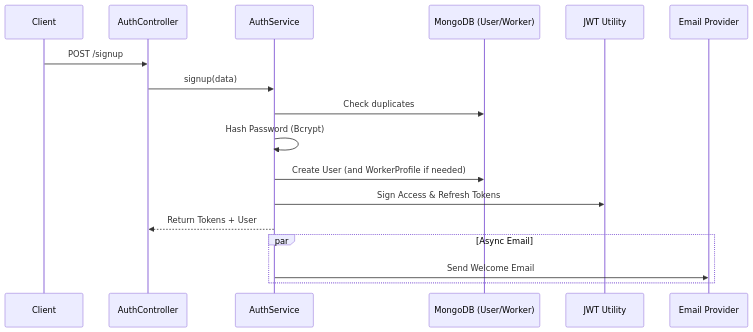
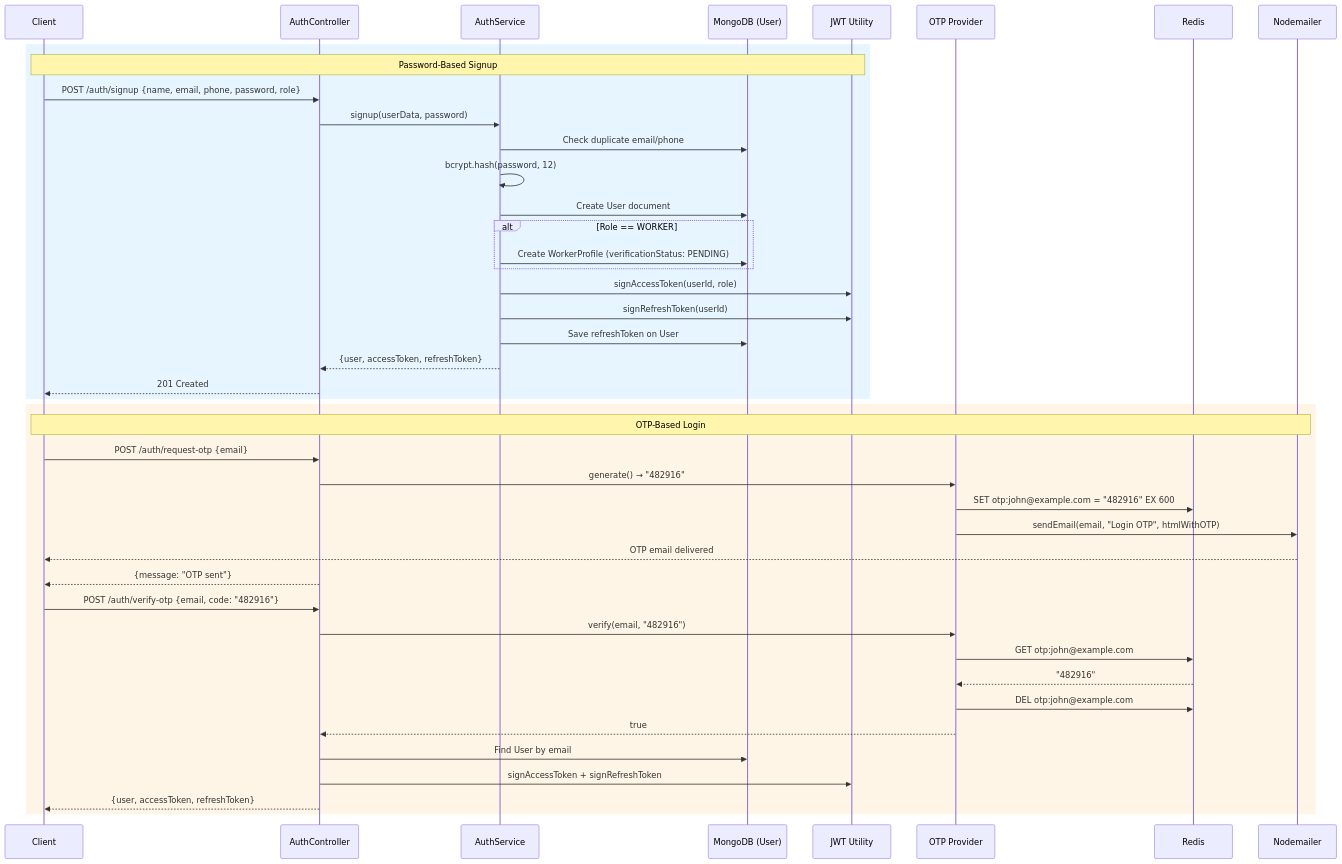
The first of 15 diagrams in docs_detailed_flows/DATA_FLOW_DIAGRAMS.md (Somilg11/oddigo-v2), drawn with Mermaid before and after one commit. The commit also changed other lines of this file and 67 other files, not shown here.

````diff
--- a/docs_detailed_flows/DATA_FLOW_DIAGRAMS.md
+++ b/docs_detailed_flows/DATA_FLOW_DIAGRAMS.md
@@ -8,21 +9,48 @@
 ```mermaid
 sequenceDiagram
     participant Client
     participant AuthController
     participant AuthService
-    participant DB as MongoDB (User/Worker)
+    participant DB as MongoDB (User)
     participant JWT as JWT Utility
-    participant Email as Email Provider
+    participant OTP as OTP Provider
+    participant Redis
+    participant Email as Nodemailer
 
-    Client->>AuthController: POST /signup
-    AuthController->>AuthService: signup(data)
-    AuthService->>DB: Check duplicates
-    AuthService->>AuthService: Hash Password (Bcrypt)
-    AuthService->>DB: Create User (and WorkerProfile if needed)
-    AuthService->>JWT: Sign Access & Refresh Tokens
-    AuthService-->>AuthController: Return Tokens + User
-    
-    par Async Email
-        AuthService->>Email: Send Welcome Email
+    rect rgb(230, 245, 255)
+    Note over Client, JWT: Password-Based Signup
+    Client->>AuthController: POST /auth/signup {name, email, phone, password, role}
+    AuthController->>AuthService: signup(userData, password)
+    AuthService->>DB: Check duplicate email/phone
+    AuthService->>AuthService: bcrypt.hash(password, 12)
+    AuthService->>DB: Create User document
+    alt Role == WORKER
+        AuthService->>DB: Create WorkerProfile (verificationStatus: PENDING)
+    end
+    AuthService->>JWT: signAccessToken(userId, role)
+    AuthService->>JWT: signRefreshToken(userId)
+    AuthService->>DB: Save refreshToken on User
+    AuthService-->>AuthController: {user, accessToken, refreshToken}
+    AuthController-->>Client: 201 Created
+    end
+
+    rect rgb(255, 245, 230)
+    Note over Client, Email: OTP-Based Login
+    Client->>AuthController: POST /auth/request-otp {email}
+    AuthController->>OTP: generate() → "482916"
+    OTP->>Redis: SET otp:john@example.com = "482916" EX 600
+    OTP->>Email: sendEmail(email, "Login OTP", htmlWithOTP)
+    Email-->>Client: OTP email delivered
+    AuthController-->>Client: {message: "OTP sent"}
+
+    Client->>AuthController: POST /auth/verify-otp {email, code: "482916"}
+    AuthController->>OTP: verify(email, "482916")
+    OTP->>Redis: GET otp:john@example.com
+    Redis-->>OTP: "482916"
+    OTP->>Redis: DEL otp:john@example.com
+    OTP-->>AuthController: true
+    AuthController->>DB: Find User by email
+    AuthController->>JWT: signAccessToken + signRefreshToken
+    AuthController-->>Client: {user, accessToken, refreshToken}
     end
 ```
````
